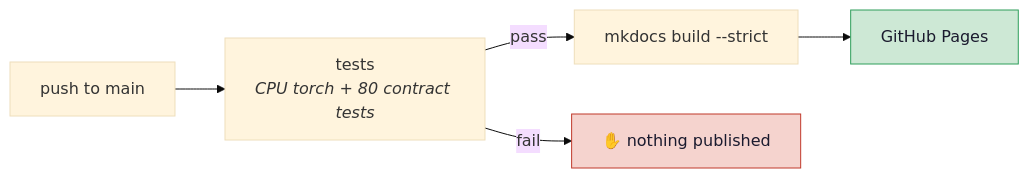
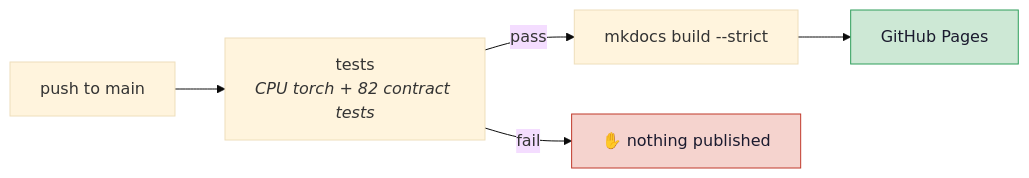
Before and after one commit to sabrinahartung/verifai-medical: the second of 2 diagrams in docs/development.md, drawn with Mermaid (base theme). The commit also changed 23 other files, not shown here.

````diff
--- a/docs/development.md
+++ b/docs/development.md
@@ -78,9 +78,9 @@
 ```mermaid
 flowchart LR
-    P["push to main"] --> T["tests<br/><i>CPU torch + 80 contract tests</i>"]
+    P["push to main"] --> T["tests<br/><i>CPU torch + 82 contract tests</i>"]
     T -->|pass| D["mkdocs build --strict"]
     T -->|fail| X["✋ nothing published"]
     D --> G["GitHub Pages"]
     style X fill:#F5D3CE,stroke:#C0392B,color:#1a1a2e
     style G fill:#CDE8D5,stroke:#2E9E5B,color:#1a1a2e
 ```
````
